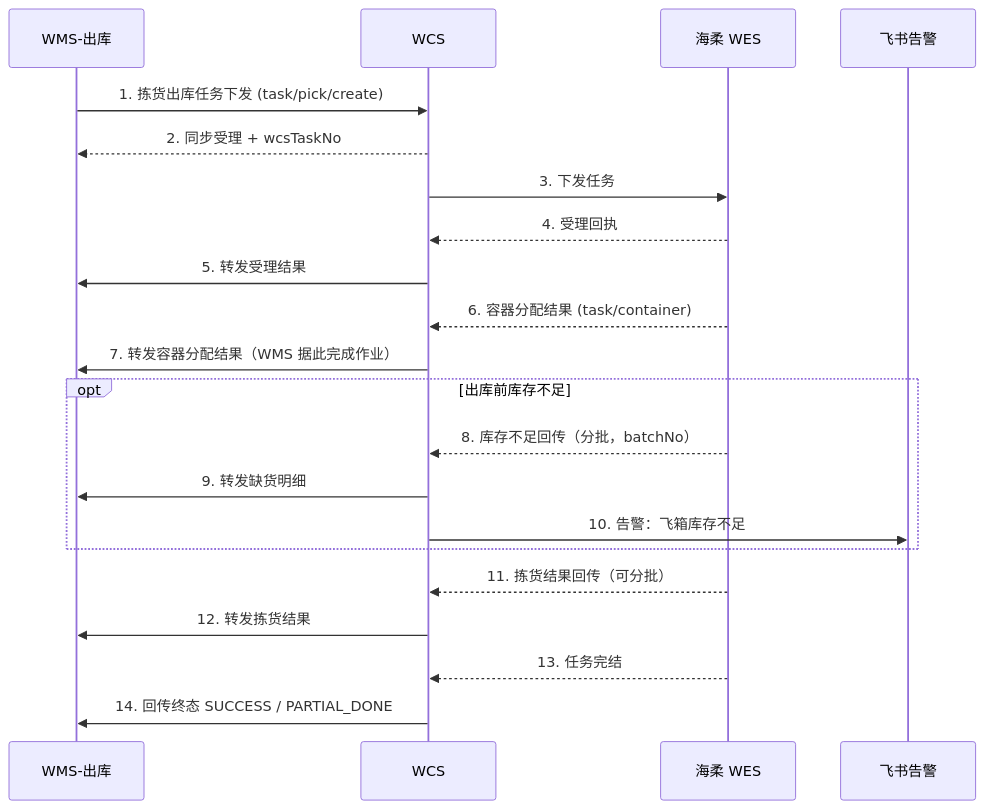
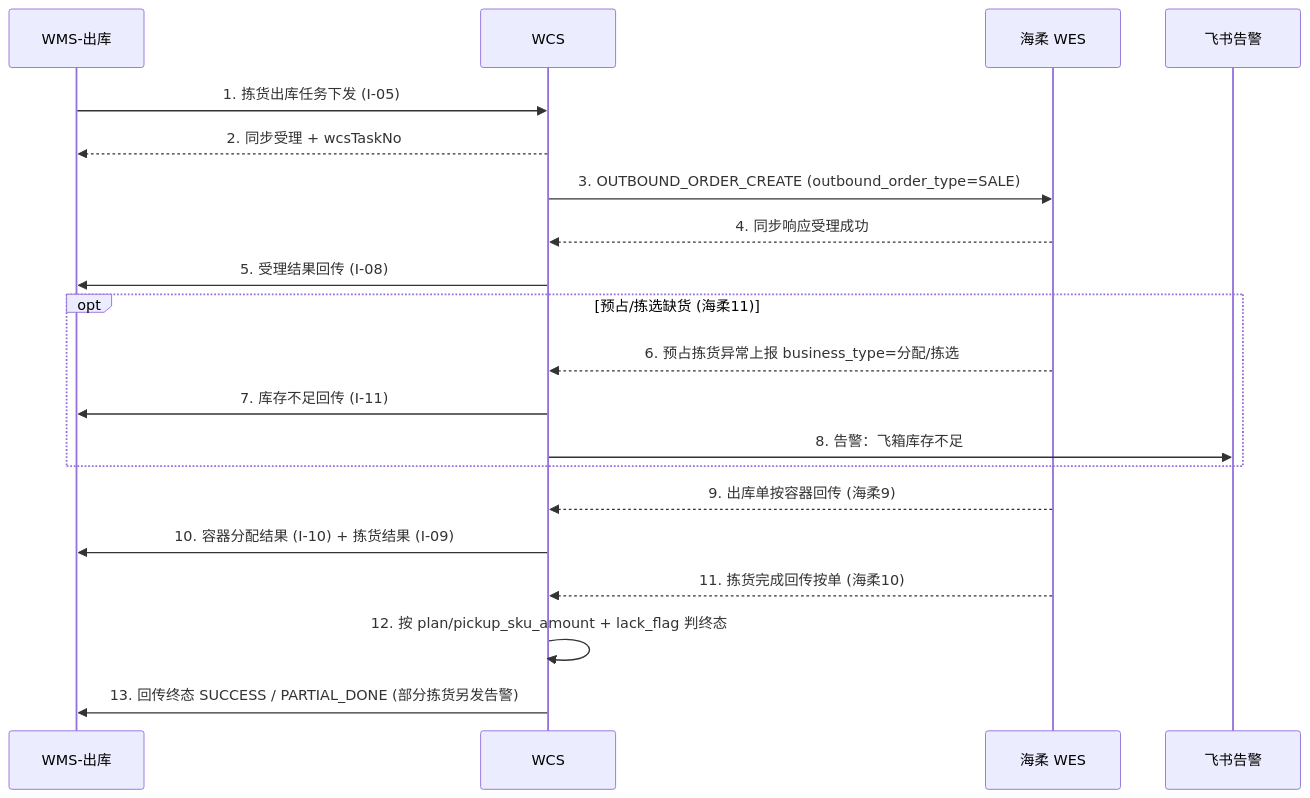
One commit to generous-jiang/jiangzw changed the second of 5 diagrams in docs/wcs/WCS子PRD_台州海柔飞箱项目.md. Above: the diagram before and after it, drawn with Mermaid. The commit also changed other lines of this file and 9 other files, not shown here.

````diff
--- a/docs/wcs/WCS子PRD_台州海柔飞箱项目.md
+++ b/docs/wcs/WCS子PRD_台州海柔飞箱项目.md
@@ -179,24 +185,22 @@
 ```mermaid
 sequenceDiagram
     participant WMS as WMS-出库
     participant WCS as WCS
     participant WES as 海柔 WES
     participant FS as 飞书告警
-
-    WMS->>WCS: 1. 拣货出库任务下发 (task/pick/create)
+    WMS->>WCS: 1. 拣货出库任务下发 (I-05)
     WCS-->>WMS: 2. 同步受理 + wcsTaskNo
-    WCS->>WES: 3. 下发任务
-    WES-->>WCS: 4. 受理回执
-    WCS->>WMS: 5. 转发受理结果
-    WES-->>WCS: 6. 容器分配结果 (task/container)
-    WCS->>WMS: 7. 转发容器分配结果（WMS 据此完成作业）
-    opt 出库前库存不足
-        WES-->>WCS: 8. 库存不足回传（分批，batchNo）
-        WCS->>WMS: 9. 转发缺货明细
-        WCS->>FS: 10. 告警：飞箱库存不足
+    WCS->>WES: 3. OUTBOUND_ORDER_CREATE (outbound_order_type=SALE)
+    WES-->>WCS: 4. 同步响应受理成功
+    WCS->>WMS: 5. 受理结果回传 (I-08)
+    opt 预占/拣选缺货 (海柔11)
+        WES-->>WCS: 6. 预占拣货异常上报 business_type=分配/拣选
+        WCS->>WMS: 7. 库存不足回传 (I-11)
+        WCS->>FS: 8. 告警：飞箱库存不足
     end
-    WES-->>WCS: 11. 拣货结果回传（可分批）
-    WCS->>WMS: 12. 转发拣货结果
-    WES-->>WCS: 13. 任务完结
-    WCS->>WMS: 14. 回传终态 SUCCESS / PARTIAL_DONE
+    WES-->>WCS: 9. 出库单按容器回传 (海柔9)
+    WCS->>WMS: 10. 容器分配结果 (I-10) + 拣货结果 (I-09)
+    WES-->>WCS: 11. 拣货完成回传按单 (海柔10)
+    WCS->>WCS: 12. 按 plan/pickup_sku_amount + lack_flag 判终态
+    WCS->>WMS: 13. 回传终态 SUCCESS / PARTIAL_DONE (部分拣货另发告警)
 ```
````
